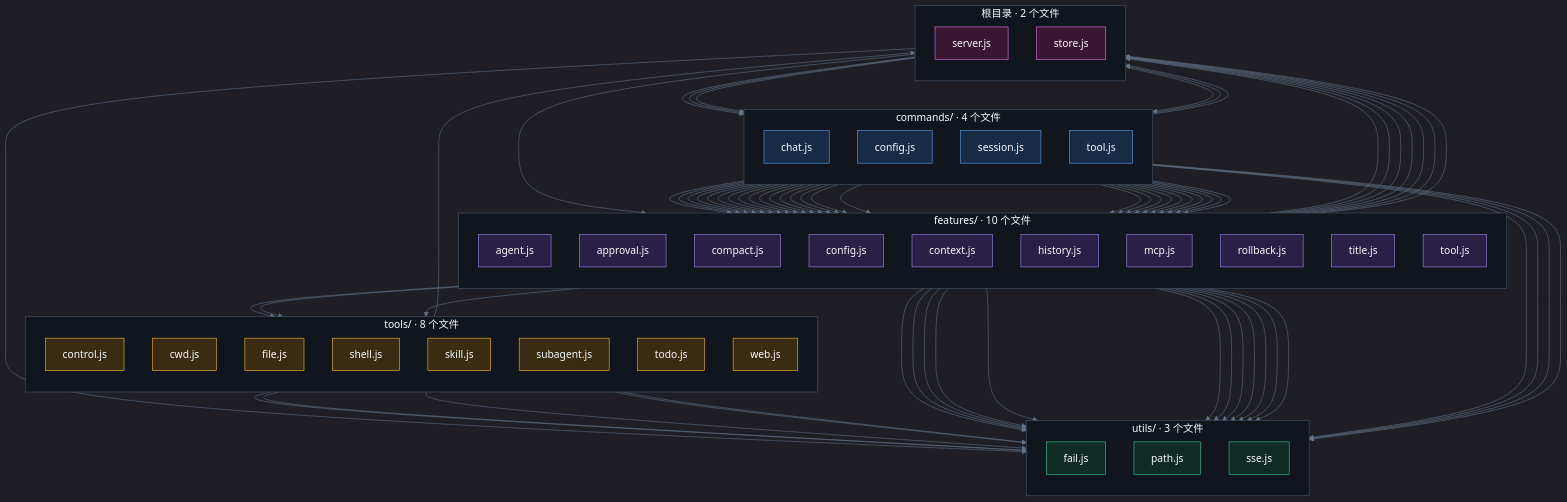
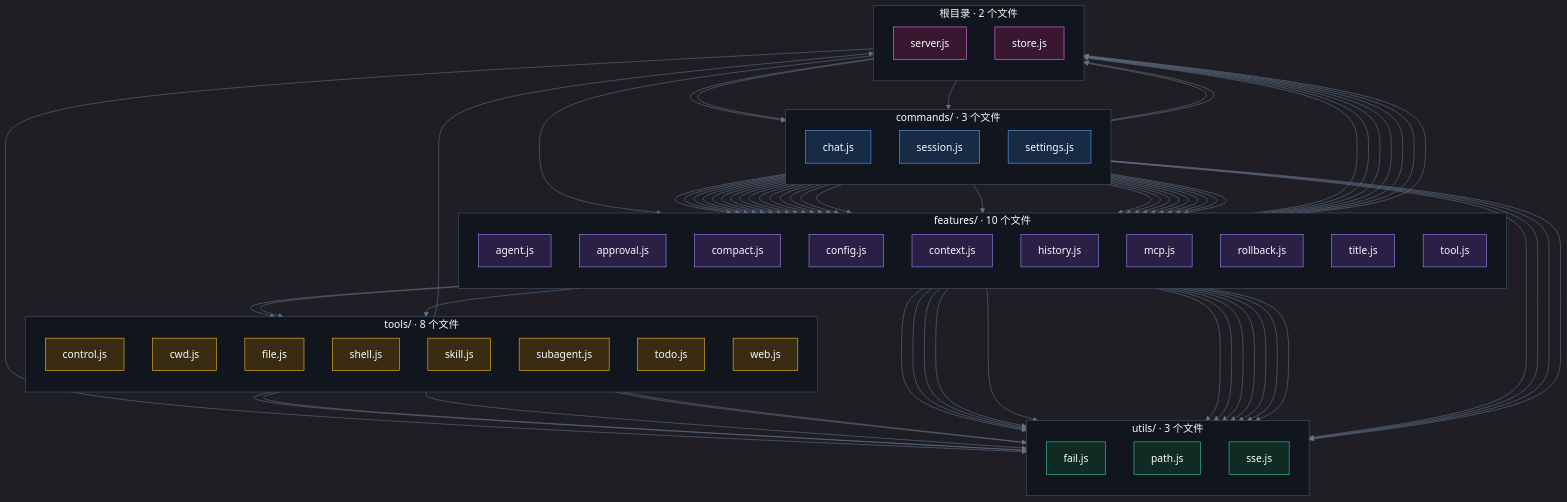
The diagram in docs/server-dependencies.mmd (kernel4632/agent), drawn with Mermaid before and after one commit. The commit also changed 8 other files, not shown here.

Commit message:
docs: 更新 settings 合并后的图和统计

```diff
--- a/docs/server-dependencies.mmd
+++ b/docs/server-dependencies.mmd
@@ -1,120 +1,117 @@
 %%{init: {'theme':'dark','themeVariables':{'fontFamily':'ui-monospace, monospace','fontSize':'18px','primaryColor':'#18202b','primaryTextColor':'#f8fafc','lineColor':'#64748b','clusterBkg':'#11151d','clusterBorder':'#475569','edgeLabelBackground':'#0d0f16'}}}%%
 flowchart TB
-  subgraph commands["commands/ · 4 个文件"]
+  subgraph commands["commands/ · 3 个文件"]
     direction TB
     commands_chat_js["chat.js"]
-    commands_config_js["config.js"]
     commands_session_js["session.js"]
-    commands_tool_js["tool.js"]
+    commands_settings_js["settings.js"]
   end
   subgraph features["features/ · 10 个文件"]
     direction TB
     features_agent_js["agent.js"]
     features_approval_js["approval.js"]
     features_compact_js["compact.js"]
     features_config_js["config.js"]
     features_context_js["context.js"]
     features_history_js["history.js"]
     features_mcp_js["mcp.js"]
     features_rollback_js["rollback.js"]
     features_title_js["title.js"]
     features_tool_js["tool.js"]
   end
   subgraph tools["tools/ · 8 个文件"]
     direction TB
     tools_control_js["control.js"]
     tools_cwd_js["cwd.js"]
     tools_file_js["file.js"]
     tools_shell_js["shell.js"]
     tools_skill_js["skill.js"]
     tools_subagent_js["subagent.js"]
     tools_todo_js["todo.js"]
     tools_web_js["web.js"]
   end
   subgraph utils["utils/ · 3 个文件"]
     direction TB
     utils_fail_js["fail.js"]
     utils_path_js["path.js"]
     utils_sse_js["sse.js"]
   end
   subgraph _root_["根目录 · 2 个文件"]
     direction TB
     server_js["server.js"]
     store_js["store.js"]
   end
   server_js --> commands_chat_js
-  server_js --> commands_config_js
   server_js --> commands_session_js
-  server_js --> commands_tool_js
+  server_js --> commands_settings_js
   server_js --> features_history_js
   server_js --> utils_sse_js
   commands_chat_js --> features_agent_js
   commands_chat_js --> features_approval_js
   commands_chat_js --> features_config_js
   commands_chat_js --> features_context_js
   commands_chat_js --> features_history_js
   commands_chat_js --> features_mcp_js
   commands_chat_js --> features_title_js
   commands_chat_js --> features_tool_js
   commands_chat_js --> store_js
   commands_chat_js --> utils_fail_js
   commands_chat_js --> utils_sse_js
-  commands_config_js --> features_agent_js
-  commands_config_js --> features_approval_js
-  commands_config_js --> features_config_js
-  commands_config_js --> features_context_js
-  commands_config_js --> features_history_js
-  commands_config_js --> features_mcp_js
-  commands_config_js --> features_tool_js
   commands_session_js --> features_agent_js
   commands_session_js --> features_approval_js
   commands_session_js --> features_compact_js
   commands_session_js --> features_config_js
   commands_session_js --> features_context_js
   commands_session_js --> features_history_js
   commands_session_js --> features_mcp_js
   commands_session_js --> features_rollback_js
   commands_session_js --> features_title_js
   commands_session_js --> features_tool_js
   commands_session_js --> store_js
   commands_session_js --> utils_fail_js
   commands_session_js --> utils_sse_js
-  commands_tool_js --> features_tool_js
+  commands_settings_js --> features_agent_js
+  commands_settings_js --> features_approval_js
+  commands_settings_js --> features_config_js
+  commands_settings_js --> features_context_js
+  commands_settings_js --> features_history_js
+  commands_settings_js --> features_mcp_js
+  commands_settings_js --> features_tool_js
   features_agent_js --> store_js
   features_agent_js --> utils_fail_js
   features_approval_js --> store_js
   features_approval_js --> utils_fail_js
   features_approval_js --> utils_sse_js
   features_compact_js --> utils_fail_js
   features_config_js --> store_js
   features_config_js --> utils_fail_js
   features_config_js --> utils_path_js
   features_context_js --> store_js
   features_history_js --> store_js
   features_history_js --> utils_fail_js
   features_history_js --> utils_path_js
   features_history_js --> utils_sse_js
   features_mcp_js --> store_js
   features_mcp_js --> utils_sse_js
   features_rollback_js --> utils_fail_js
   features_tool_js --> store_js
   features_tool_js --> tools_file_js
   features_tool_js --> tools_skill_js
   features_tool_js --> tools_subagent_js
   features_tool_js --> utils_path_js
   tools_cwd_js --> store_js
   tools_file_js --> utils_fail_js
   tools_file_js --> utils_path_js
   tools_skill_js --> utils_fail_js
   tools_skill_js --> utils_path_js
   tools_subagent_js --> utils_sse_js
   classDef dir_commands fill:#172b45,stroke:#60a5fa,color:#f8fafc
-  class commands_chat_js,commands_config_js,commands_session_js,commands_tool_js dir_commands
+  class commands_chat_js,commands_session_js,commands_settings_js dir_commands
   classDef dir_features fill:#2a1f44,stroke:#a78bfa,color:#f8fafc
   class features_agent_js,features_approval_js,features_compact_js,features_config_js,features_context_js,features_history_js,features_mcp_js,features_rollback_js,features_title_js,features_tool_js dir_features
   classDef dir_tools fill:#3a2c12,stroke:#fbbf24,color:#f8fafc
   class tools_control_js,tools_cwd_js,tools_file_js,tools_shell_js,tools_skill_js,tools_subagent_js,tools_todo_js,tools_web_js dir_tools
   classDef dir_utils fill:#102a24,stroke:#34d399,color:#f8fafc
   class utils_fail_js,utils_path_js,utils_sse_js dir_utils
   classDef dir__root_ fill:#3a1730,stroke:#e879f9,color:#f8fafc
   class server_js,store_js dir__root_
```
